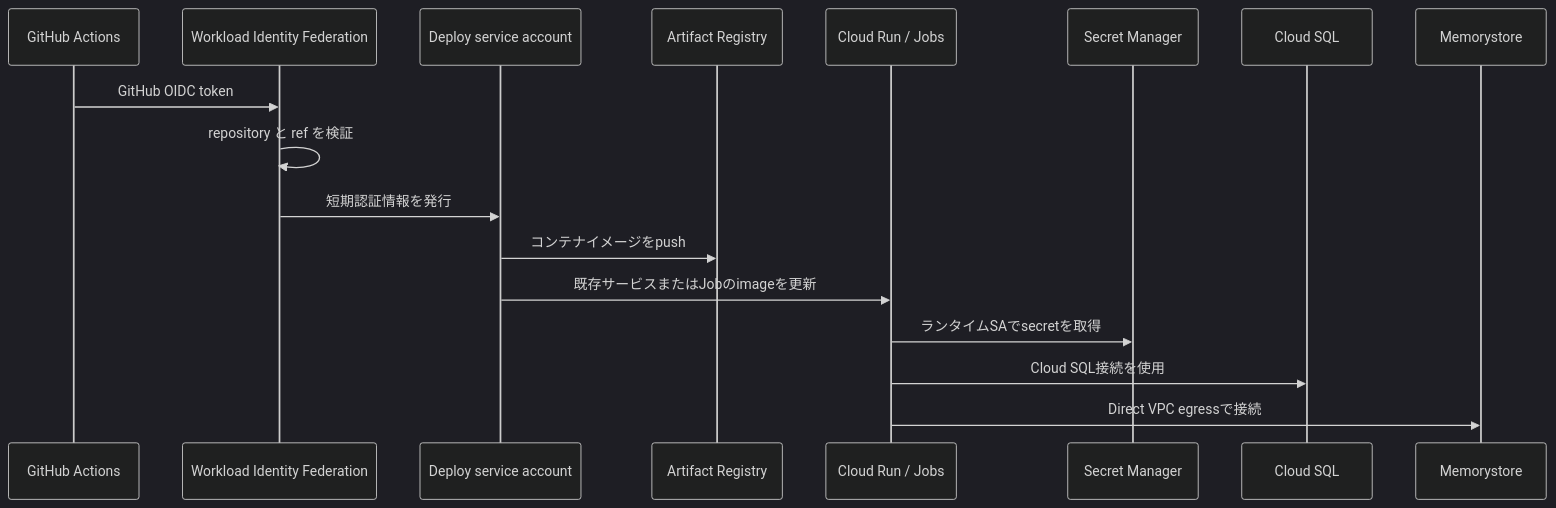
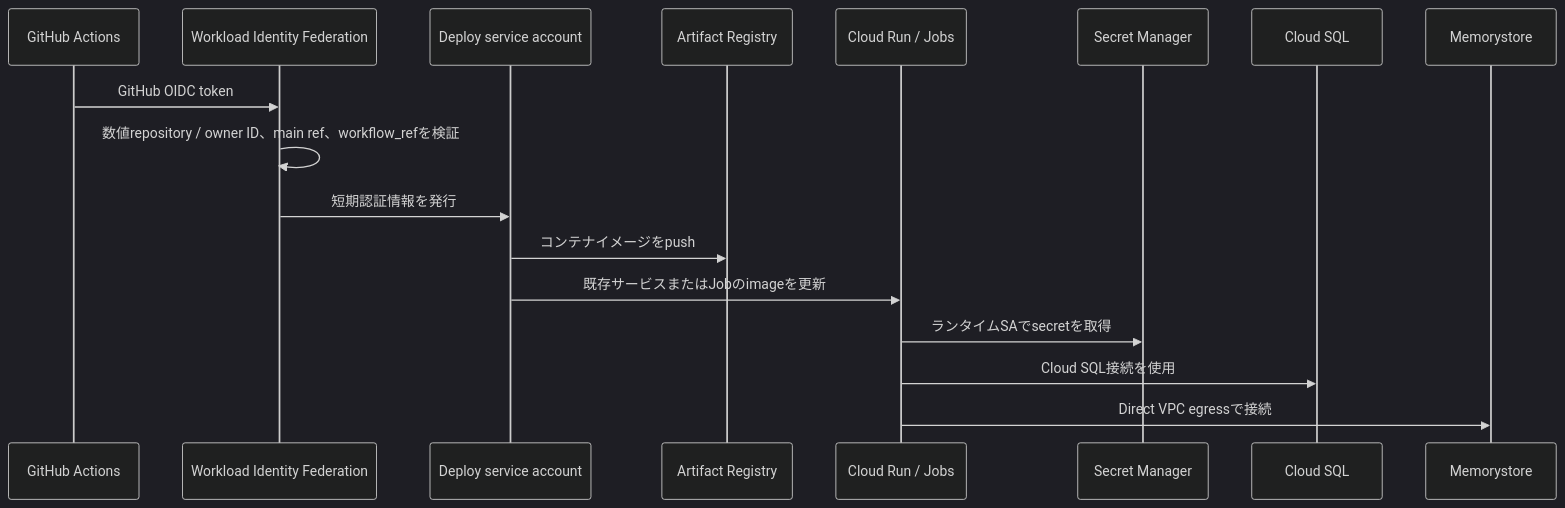
The first of 3 diagrams in docs/architecture.md (UCHIDAnobuhiro/stock-infra), drawn with Mermaid (dark theme) before and after one commit. The commit also changed 6 other files, not shown here.

````diff
--- a/docs/architecture.md
+++ b/docs/architecture.md
@@ -41,20 +41,20 @@
 ```mermaid
 sequenceDiagram
     participant GH as GitHub Actions
     participant WIF as Workload Identity Federation
     participant SA as Deploy service account
     participant AR as Artifact Registry
     participant RUN as Cloud Run / Jobs
     participant SM as Secret Manager
     participant SQL as Cloud SQL
     participant REDIS as Memorystore
 
     GH->>WIF: GitHub OIDC token
-    WIF->>WIF: repository と ref を検証
+    WIF->>WIF: 数値repository / owner ID、main ref、workflow_refを検証
     WIF->>SA: 短期認証情報を発行
     SA->>AR: コンテナイメージをpush
     SA->>RUN: 既存サービスまたはJobのimageを更新
     RUN->>SM: ランタイムSAでsecretを取得
     RUN->>SQL: Cloud SQL接続を使用
     RUN->>REDIS: Direct VPC egressで接続
 ```
````
